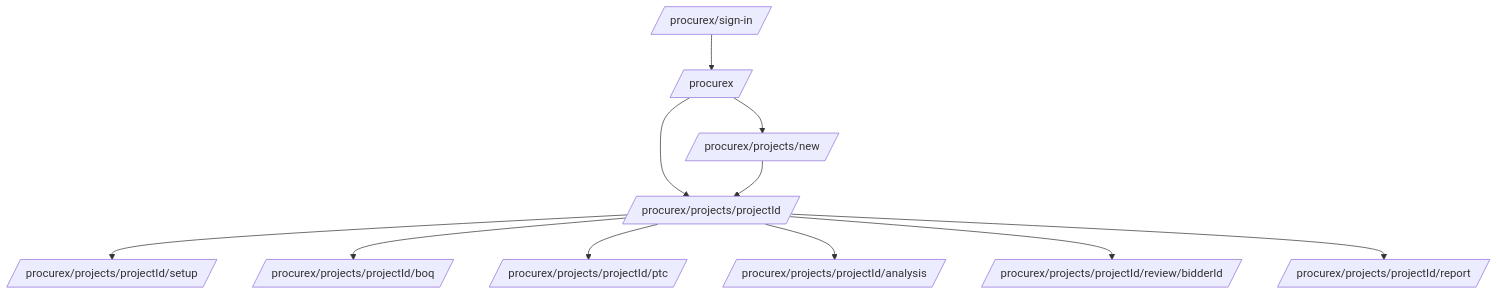
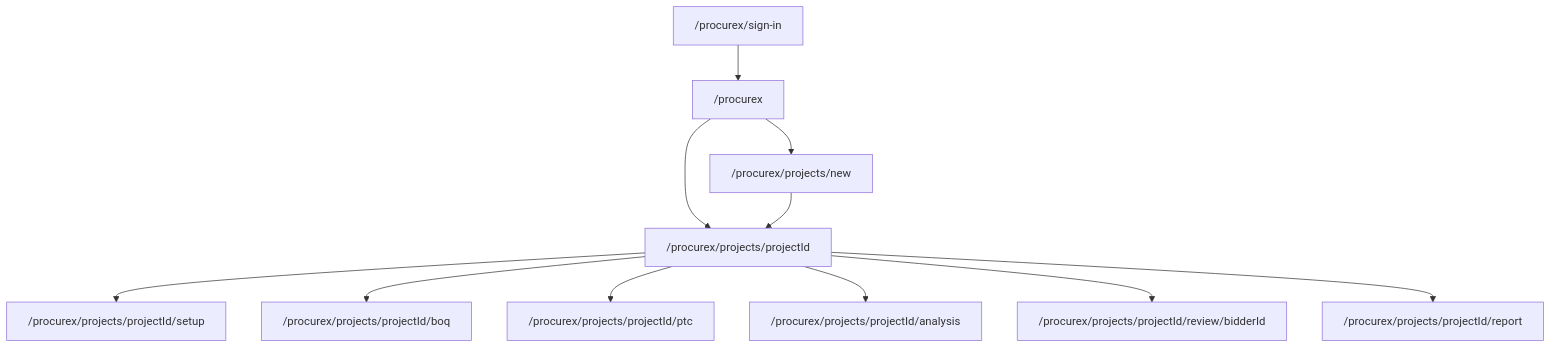
Before and after one commit to tajalagawani/BOQs-master: the first of 2 diagrams in docs/modules/procurex/overview.md, drawn with Mermaid. The commit also changed other lines of this file and 8 other files, not shown here.

First line of the commit message:
fix(docs): mermaid 11 syntax across 18 diagrams in 9 module docs

````diff
--- a/docs/modules/procurex/overview.md
+++ b/docs/modules/procurex/overview.md
@@ -160,24 +160,24 @@
 ```mermaid
 graph TD
-  Root[/procurex/]
-  SignIn[/procurex/sign-in/]
-  NewProject[/procurex/projects/new/]
-  Detail[/procurex/projects/projectId/]
-  Setup[/procurex/projects/projectId/setup/]
-  BoQ[/procurex/projects/projectId/boq/]
-  PTC[/procurex/projects/projectId/ptc/]
-  Analysis[/procurex/projects/projectId/analysis/]
-  Review[/procurex/projects/projectId/review/bidderId/]
-  Report[/procurex/projects/projectId/report/]
+  Root["/procurex"]
+  SignIn["/procurex/sign-in"]
+  NewProject["/procurex/projects/new"]
+  Detail["/procurex/projects/projectId"]
+  Setup["/procurex/projects/projectId/setup"]
+  BoQ["/procurex/projects/projectId/boq"]
+  PTC["/procurex/projects/projectId/ptc"]
+  Analysis["/procurex/projects/projectId/analysis"]
+  Review["/procurex/projects/projectId/review/bidderId"]
+  Report["/procurex/projects/projectId/report"]
 
   Root --> NewProject
   Root --> Detail
   SignIn --> Root
   NewProject --> Detail
   Detail --> Setup
   Detail --> BoQ
   Detail --> PTC
   Detail --> Analysis
   Detail --> Review
   Detail --> Report
 ```
````
